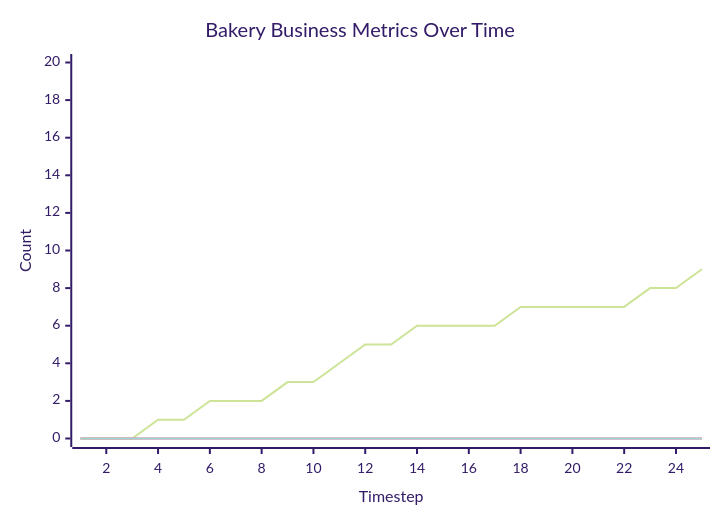
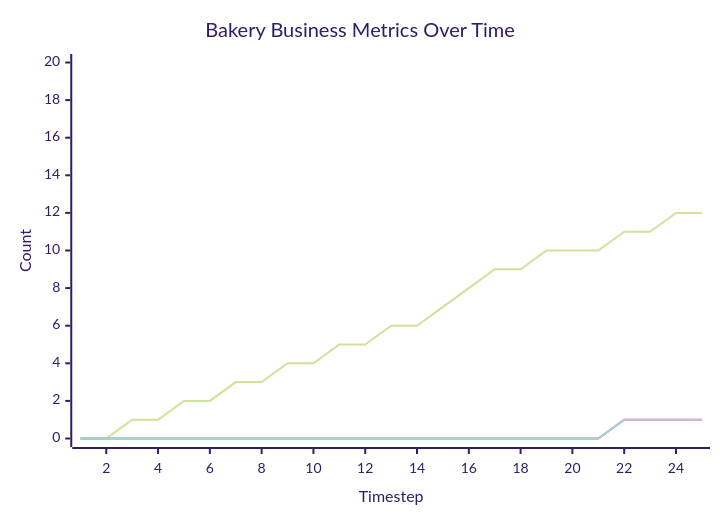
One commit to rfielding/ctl changed the third of 3 diagrams in z3/run.md. Above: the diagram before and after it, drawn with Mermaid (forest theme). The commit also changed other lines of this file and 1 other file, not shown here.

````diff
--- a/z3/run.md
+++ b/z3/run.md
@@ -402,9 +443,9 @@
 ```mermaid
 xychart-beta
     title "Bakery Business Metrics Over Time"
     x-axis "Timestep" 1 --> 25
     y-axis "Count" 0 --> 20
-    line "Breads Baked" [0,0,0,1,1,2,2,2,3,3,4,5,5,6,6,6,6,7,7,7,7,7,8,8,9]
-    line "Items Sold" [0,0,0,0,0,0,0,0,0,0,0,0,0,0,0,0,0,0,0,0,0,0,0,0,0]
-    line "Revenue ($10s)" [0,0,0,0,0,0,0,0,0,0,0,0,0,0,0,0,0,0,0,0,0,0,0,0,0]
+    line "Breads Baked" [0,0,1,1,2,2,3,3,4,4,5,5,6,6,7,8,9,9,10,10,10,11,11,12,12]
+    line "Items Sold" [0,0,0,0,0,0,0,0,0,0,0,0,0,0,0,0,0,0,0,0,0,1,1,1,1]
+    line "Revenue ($10s)" [0,0,0,0,0,0,0,0,0,0,0,0,0,0,0,0,0,0,0,0,0,1,1,1,1]
 ```
````
